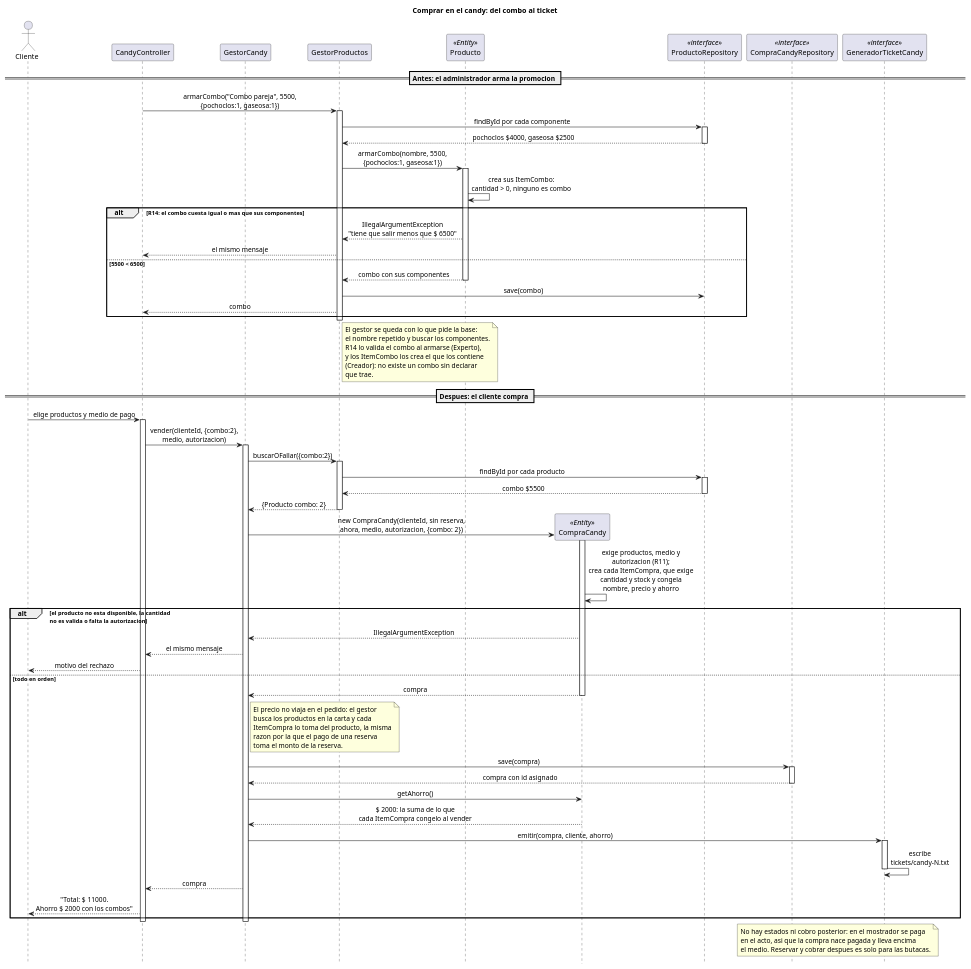
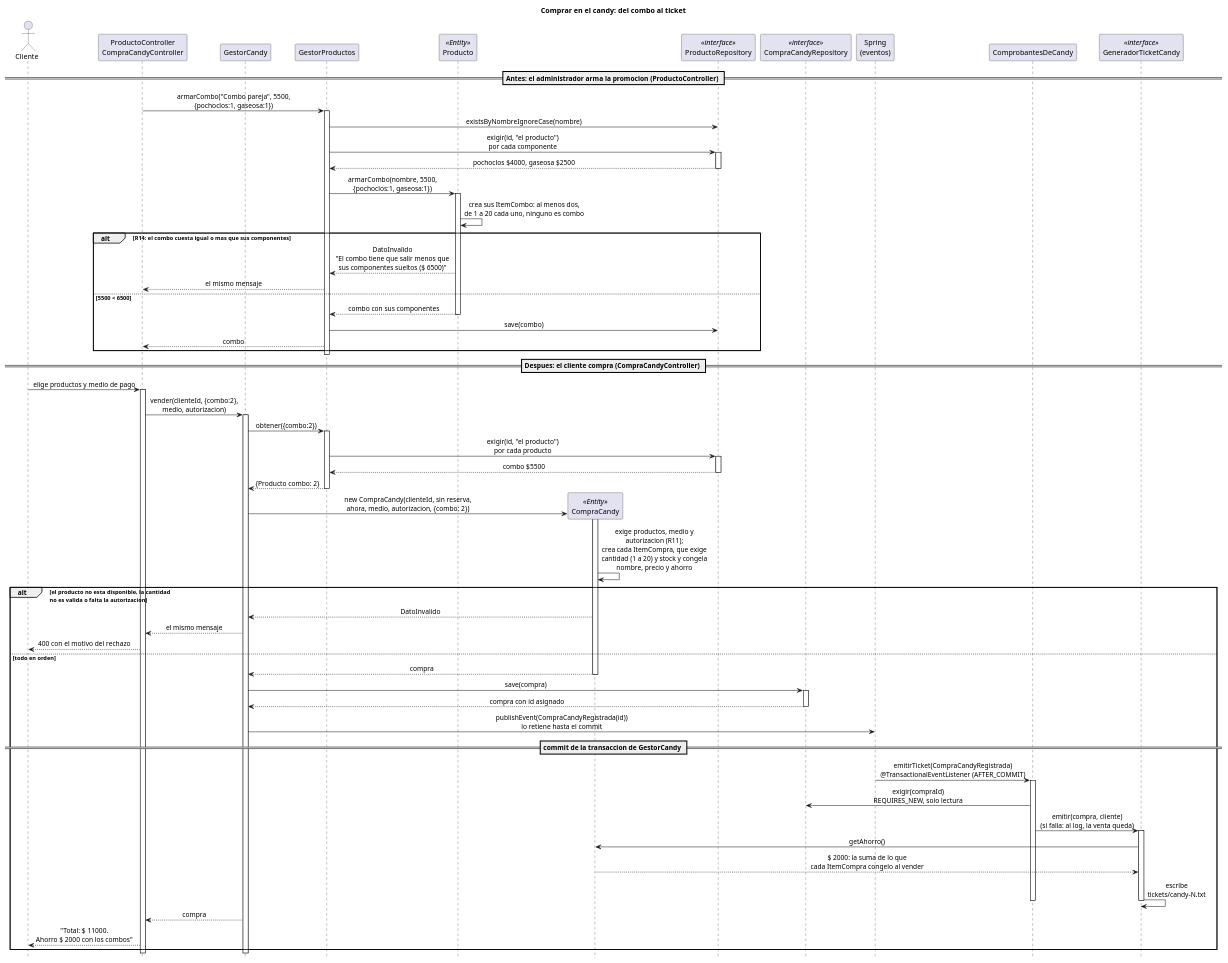
One commit to andreiveisuade/cine-uade changed the diagram in _other/docs/diagramas/secuencia-candy.puml. Above: the diagram before and after it, drawn with PlantUML. The commit also changed 38 other files, not shown here.

First line of the commit message:
docs(manual): arquitectura, patrones, reglas, errores y swing al dia, y diagramas sin notas

```diff
--- a/_other/docs/diagramas/secuencia-candy.puml
+++ b/_other/docs/diagramas/secuencia-candy.puml
@@ -1,111 +1,99 @@
 @startuml secuencia-candy
 title Comprar en el candy: del combo al ticket
 
 skinparam sequenceMessageAlign center
 hide footbox
 
 actor Cliente
-participant "CandyController" as UI
+participant "ProductoController\nCompraCandyController" as UI
 participant "GestorCandy" as Gestor
 participant "GestorProductos" as Carta
 participant "Producto" as Producto <<Entity>>
 participant "CompraCandy" as Compra <<Entity>>
 participant "ProductoRepository" as Productos <<interface>>
 participant "CompraCandyRepository" as Repo <<interface>>
+participant "Spring\n(eventos)" as Eventos
+participant "ComprobantesDeCandy" as Comprobantes
 participant "GeneradorTicketCandy" as Ticket <<interface>>
 
-== Antes: el administrador arma la promocion ==
+== Antes: el administrador arma la promocion (ProductoController) ==
 
 UI -> Carta : armarCombo("Combo pareja", 5500,\n{pochoclos:1, gaseosa:1})
 activate Carta
-Carta -> Productos : findById por cada componente
+Carta -> Productos : existsByNombreIgnoreCase(nombre)
+Carta -> Productos : exigir(id, "el producto")\npor cada componente
 activate Productos
 Productos --> Carta : pochoclos $4000, gaseosa $2500
 deactivate Productos
 
 Carta -> Producto : armarCombo(nombre, 5500,\n{pochoclos:1, gaseosa:1})
 activate Producto
-Producto -> Producto : crea sus ItemCombo:\ncantidad > 0, ninguno es combo
+Producto -> Producto : crea sus ItemCombo: al menos dos,\nde 1 a 20 cada uno, ninguno es combo
 
 alt R14: el combo cuesta igual o mas que sus componentes
-  Producto --> Carta : IllegalArgumentException\n"tiene que salir menos que $ 6500"
+  Producto --> Carta : DatoInvalido\n"El combo tiene que salir menos que\nsus componentes sueltos ($ 6500)"
   Carta --> UI : el mismo mensaje
 else 5500 < 6500
   Producto --> Carta : combo con sus componentes
   deactivate Producto
   Carta -> Productos : save(combo)
   Carta --> UI : combo
 end
 deactivate Carta
 
-note right of Carta
-  El gestor se queda con lo que pide la base:
-  el nombre repetido y buscar los componentes.
-  R14 lo valida el combo al armarse (Experto),
-  y los ItemCombo los crea el que los contiene
-  (Creador): no existe un combo sin declarar
-  que trae.
-end note
-
-== Despues: el cliente compra ==
+== Despues: el cliente compra (CompraCandyController) ==
 
 Cliente -> UI : elige productos y medio de pago
 activate UI
 UI -> Gestor : vender(clienteId, {combo:2},\nmedio, autorizacion)
 activate Gestor
 
-Gestor -> Carta : buscarOFallar({combo:2})
+Gestor -> Carta : obtener({combo:2})
 activate Carta
-Carta -> Productos : findById por cada producto
+Carta -> Productos : exigir(id, "el producto")\npor cada producto
 activate Productos
 Productos --> Carta : combo $5500
 deactivate Productos
 Carta --> Gestor : {Producto combo: 2}
 deactivate Carta
 
 create Compra
 Gestor -> Compra : new CompraCandy(clienteId, sin reserva,\nahora, medio, autorizacion, {combo: 2})
 activate Compra
-Compra -> Compra : exige productos, medio y\nautorizacion (R11);\ncrea cada ItemCompra, que exige\ncantidad y stock y congela\nnombre, precio y ahorro
+Compra -> Compra : exige productos, medio y\nautorizacion (R11);\ncrea cada ItemCompra, que exige\ncantidad (1 a 20) y stock y congela\nnombre, precio y ahorro
 
 alt el producto no esta disponible, la cantidad\nno es valida o falta la autorizacion
-  Compra --> Gestor : IllegalArgumentException
+  Compra --> Gestor : DatoInvalido
   Gestor --> UI : el mismo mensaje
-  UI --> Cliente : motivo del rechazo
+  UI --> Cliente : 400 con el motivo del rechazo
 else todo en orden
   Compra --> Gestor : compra
   deactivate Compra
-
-  note right of Gestor
-    El precio no viaja en el pedido: el gestor
-    busca los productos en la carta y cada
-    ItemCompra lo toma del producto, la misma
-    razon por la que el pago de una reserva
-    toma el monto de la reserva.
-  end note
 
   Gestor -> Repo : save(compra)
   activate Repo
   Repo --> Gestor : compra con id asignado
   deactivate Repo
 
-  Gestor -> Compra : getAhorro()
-  Compra --> Gestor : $ 2000: la suma de lo que\ncada ItemCompra congelo al vender
-  Gestor -> Ticket : emitir(compra, cliente, ahorro)
+  Gestor -> Eventos : publishEvent(CompraCandyRegistrada(id))\nlo retiene hasta el commit
+
+  == commit de la transaccion de GestorCandy ==
+
+  Eventos -> Comprobantes : emitirTicket(CompraCandyRegistrada)\n@TransactionalEventListener (AFTER_COMMIT)
+  activate Comprobantes
+  Comprobantes -> Repo : exigir(compraId)\nREQUIRES_NEW, solo lectura
+  Comprobantes -> Ticket : emitir(compra, cliente)\n(si falla: al log, la venta queda)
   activate Ticket
+  Ticket -> Compra : getAhorro()
+  Compra --> Ticket : $ 2000: la suma de lo que\ncada ItemCompra congelo al vender
   Ticket -> Ticket : escribe\ntickets/candy-N.txt
   deactivate Ticket
+  deactivate Comprobantes
 
   Gestor --> UI : compra
   UI --> Cliente : "Total: $ 11000.\nAhorro $ 2000 con los combos"
 end
 deactivate Gestor
 deactivate UI
 
-note over Repo, Ticket
-  No hay estados ni cobro posterior: en el mostrador se paga
-  en el acto, asi que la compra nace pagada y lleva encima
-  el medio. Reservar y cobrar despues es solo para las butacas.
-end note
-
 @enduml
```
